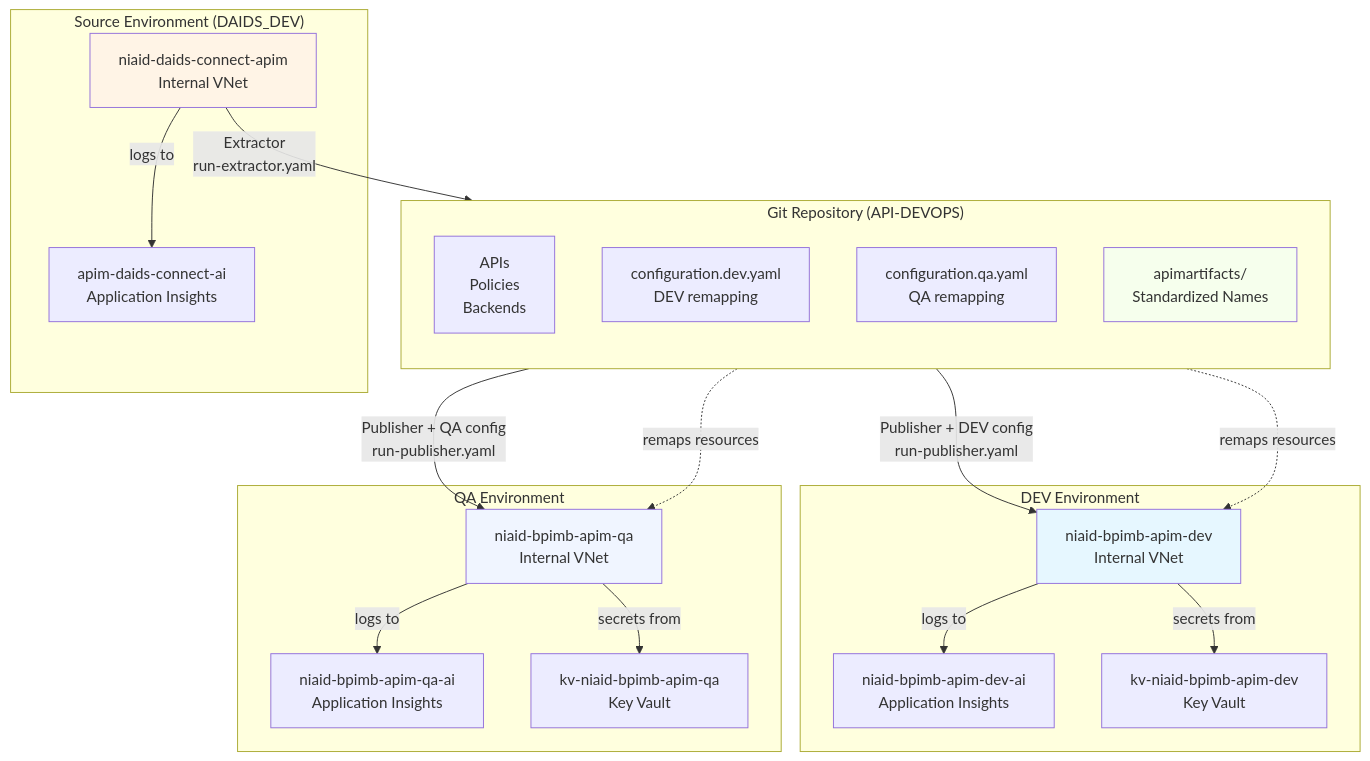
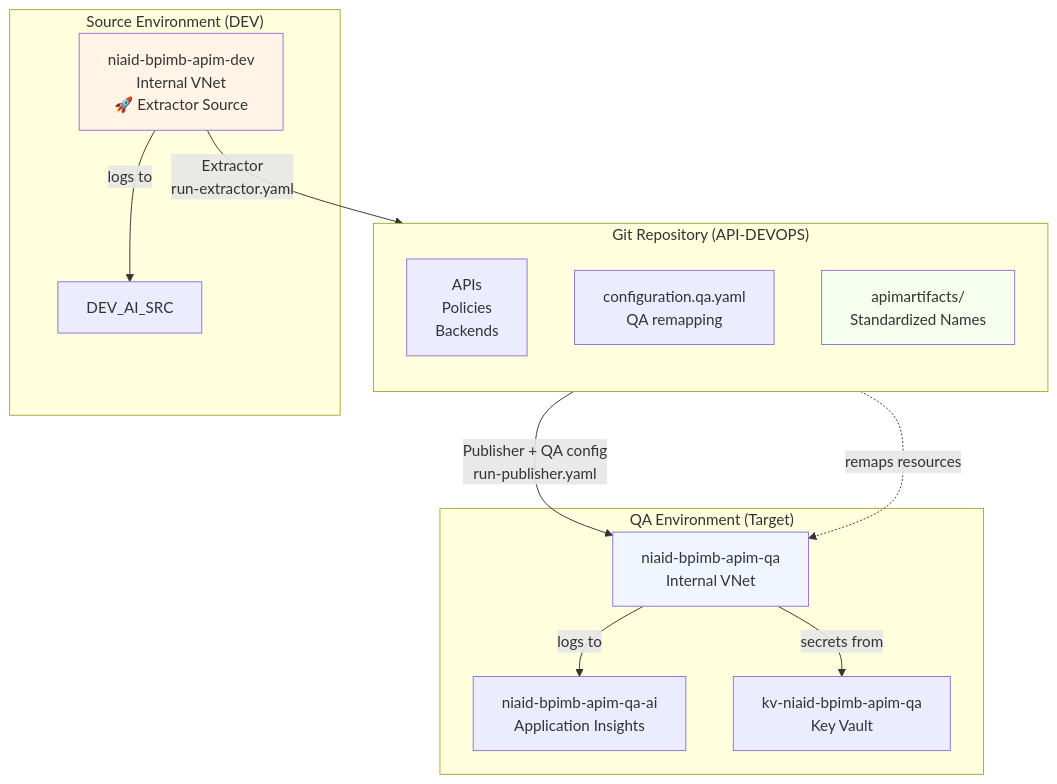
The fourth of 5 diagrams in README.md (NIAID-BPIMB-whiters/API-DEVOPS), drawn with Mermaid before and after one commit. The commit also changed other lines of this file and 1 other file, not shown here.

First line of the commit message:
feat: Update architecture to extract from DEV instead of DAIDS_DEV

````diff
--- a/README.md
+++ b/README.md
@@ -1907,43 +1906,30 @@
 ```mermaid
 graph TD
-    subgraph Source["Source Environment (DAIDS_DEV)"]
-        DAIDS[niaid-daids-connect-apim<br/>Internal VNet]
-        DAIDS_AI[apim-daids-connect-ai<br/>Application Insights]
-        DAIDS --> |logs to| DAIDS_AI
+    subgraph Source["Source Environment (DEV)"]
+        DEV_SRC[niaid-bpimb-apim-dev<br/>Internal VNet<br/>🚀 Extractor Source]
+        DEV_SRC --> |logs to| DEV_AI_SRC
     end
     
     subgraph Repo["Git Repository (API-DEVOPS)"]
         direction TB
         APIS[APIs<br/>Policies<br/>Backends]
-        CONFIG_DEV[configuration.dev.yaml<br/>DEV remapping]
         CONFIG_QA[configuration.qa.yaml<br/>QA remapping]
         ARTIFACTS[apimartifacts/<br/>Standardized Names]
     end
     
-    subgraph DEV["DEV Environment"]
-        DEV_APIM[niaid-bpimb-apim-dev<br/>Internal VNet]
-        DEV_AI[niaid-bpimb-apim-dev-ai<br/>Application Insights]
-        DEV_KV[kv-niaid-bpimb-apim-dev<br/>Key Vault]
-        DEV_APIM --> |logs to| DEV_AI
-        DEV_APIM --> |secrets from| DEV_KV
-    end
-    
-    subgraph QA["QA Environment"]
+    subgraph QA["QA Environment (Target)"]
         QA_APIM[niaid-bpimb-apim-qa<br/>Internal VNet]
         QA_AI[niaid-bpimb-apim-qa-ai<br/>Application Insights]
         QA_KV[kv-niaid-bpimb-apim-qa<br/>Key Vault]
         QA_APIM --> |logs to| QA_AI
         QA_APIM --> |secrets from| QA_KV
     end
     
-    DAIDS -->|Extractor<br/>run-extractor.yaml| ARTIFACTS
-    ARTIFACTS -->|Publisher + DEV config<br/>run-publisher.yaml| DEV_APIM
+    DEV_SRC -->|Extractor<br/>run-extractor.yaml| ARTIFACTS
     ARTIFACTS -->|Publisher + QA config<br/>run-publisher.yaml| QA_APIM
-    CONFIG_DEV -.->|remaps resources| DEV_APIM
     CONFIG_QA -.->|remaps resources| QA_APIM
     
-    style DAIDS fill:#fff4e6
-    style DEV_APIM fill:#e6f7ff
+    style DEV_SRC fill:#fff4e6
     style QA_APIM fill:#f0f5ff
     style ARTIFACTS fill:#f6ffed
 ```
````
